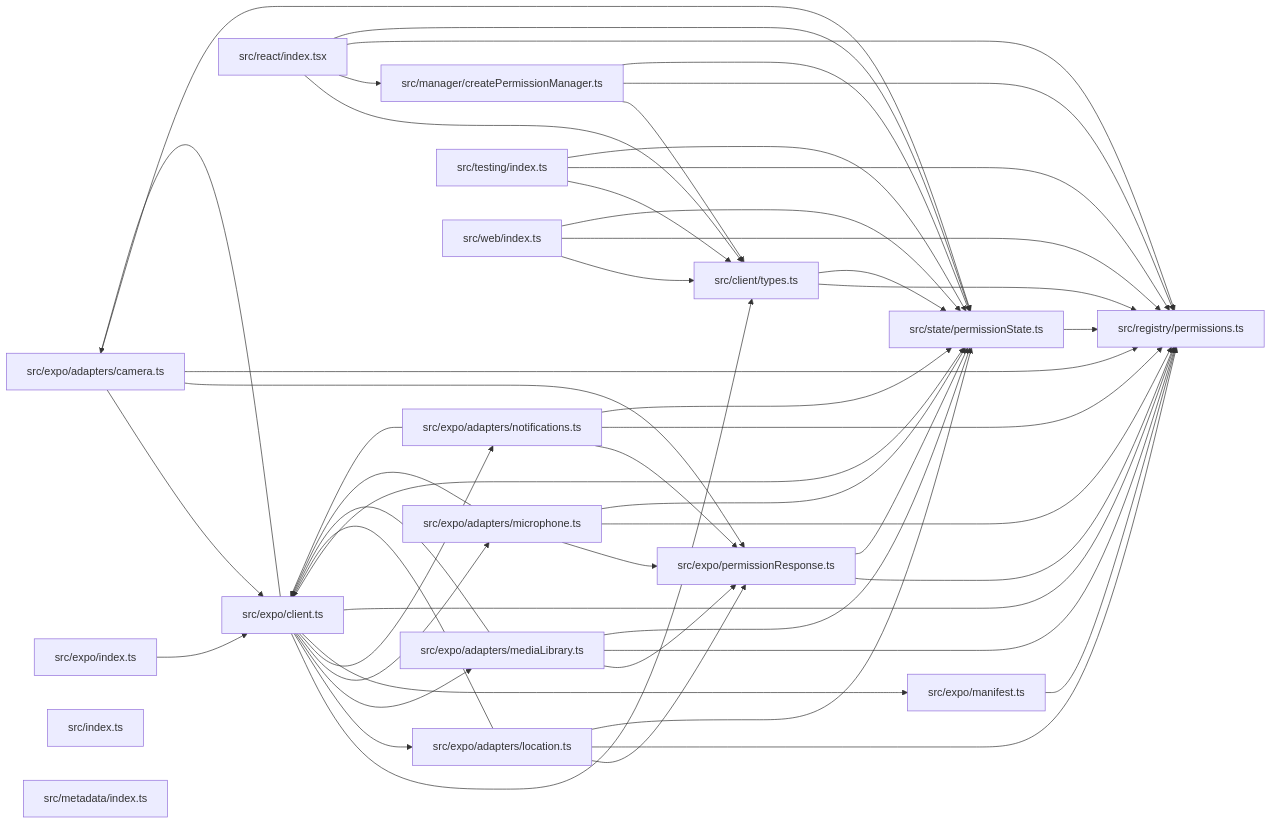
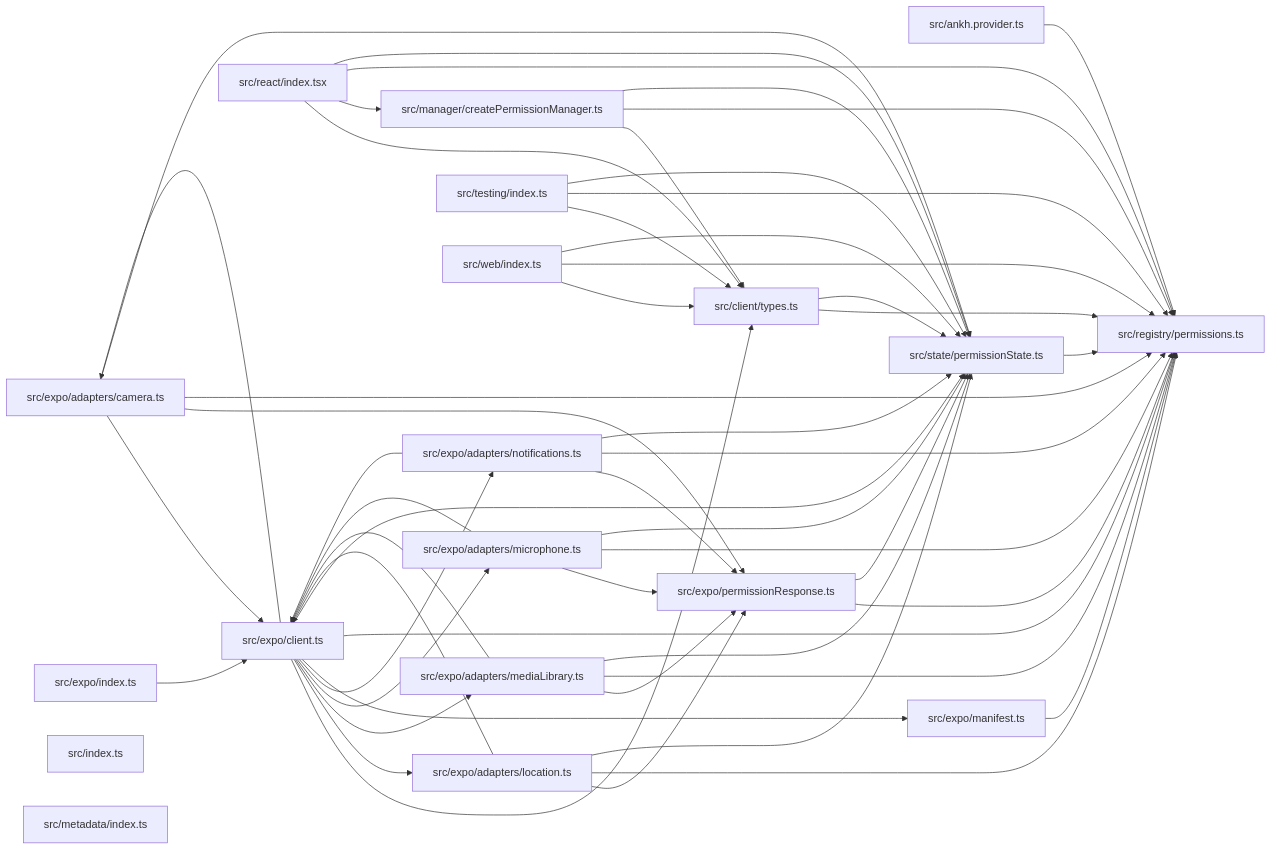
One commit to ankhorage/permissions changed the diagram in paradox/diagrams/module-relationships.mmd. Above: the diagram before and after it, drawn with Mermaid. The commit also changed 6 other files, not shown here.

```diff
--- a/paradox/diagrams/module-relationships.mmd
+++ b/paradox/diagrams/module-relationships.mmd
@@ -1,68 +1,70 @@
 graph LR
+  module_src_ankh_provider_ts["src/ankh.provider.ts"]
   module_src_client_types_ts["src/client/types.ts"]
   module_src_expo_adapters_camera_ts["src/expo/adapters/camera.ts"]
   module_src_expo_adapters_location_ts["src/expo/adapters/location.ts"]
   module_src_expo_adapters_mediaLibrary_ts["src/expo/adapters/mediaLibrary.ts"]
   module_src_expo_adapters_microphone_ts["src/expo/adapters/microphone.ts"]
   module_src_expo_adapters_notifications_ts["src/expo/adapters/notifications.ts"]
   module_src_expo_client_ts["src/expo/client.ts"]
   module_src_expo_index_ts["src/expo/index.ts"]
   module_src_expo_manifest_ts["src/expo/manifest.ts"]
   module_src_expo_permissionResponse_ts["src/expo/permissionResponse.ts"]
   module_src_index_ts["src/index.ts"]
   module_src_manager_createPermissionManager_ts["src/manager/createPermissionManager.ts"]
   module_src_metadata_index_ts["src/metadata/index.ts"]
   module_src_react_index_tsx["src/react/index.tsx"]
   module_src_registry_permissions_ts["src/registry/permissions.ts"]
   module_src_state_permissionState_ts["src/state/permissionState.ts"]
   module_src_testing_index_ts["src/testing/index.ts"]
   module_src_web_index_ts["src/web/index.ts"]
+  module_src_ankh_provider_ts --> module_src_registry_permissions_ts
   module_src_client_types_ts --> module_src_registry_permissions_ts
   module_src_client_types_ts --> module_src_state_permissionState_ts
   module_src_expo_adapters_camera_ts --> module_src_expo_client_ts
   module_src_expo_adapters_camera_ts --> module_src_expo_permissionResponse_ts
   module_src_expo_adapters_camera_ts --> module_src_registry_permissions_ts
   module_src_expo_adapters_camera_ts --> module_src_state_permissionState_ts
   module_src_expo_adapters_location_ts --> module_src_expo_client_ts
   module_src_expo_adapters_location_ts --> module_src_expo_permissionResponse_ts
   module_src_expo_adapters_location_ts --> module_src_registry_permissions_ts
   module_src_expo_adapters_location_ts --> module_src_state_permissionState_ts
   module_src_expo_adapters_mediaLibrary_ts --> module_src_expo_client_ts
   module_src_expo_adapters_mediaLibrary_ts --> module_src_expo_permissionResponse_ts
   module_src_expo_adapters_mediaLibrary_ts --> module_src_registry_permissions_ts
   module_src_expo_adapters_mediaLibrary_ts --> module_src_state_permissionState_ts
   module_src_expo_adapters_microphone_ts --> module_src_expo_client_ts
   module_src_expo_adapters_microphone_ts --> module_src_expo_permissionResponse_ts
   module_src_expo_adapters_microphone_ts --> module_src_registry_permissions_ts
   module_src_expo_adapters_microphone_ts --> module_src_state_permissionState_ts
   module_src_expo_adapters_notifications_ts --> module_src_expo_client_ts
   module_src_expo_adapters_notifications_ts --> module_src_expo_permissionResponse_ts
   module_src_expo_adapters_notifications_ts --> module_src_registry_permissions_ts
   module_src_expo_adapters_notifications_ts --> module_src_state_permissionState_ts
   module_src_expo_client_ts --> module_src_client_types_ts
   module_src_expo_client_ts --> module_src_expo_adapters_camera_ts
   module_src_expo_client_ts --> module_src_expo_adapters_location_ts
   module_src_expo_client_ts --> module_src_expo_adapters_mediaLibrary_ts
   module_src_expo_client_ts --> module_src_expo_adapters_microphone_ts
   module_src_expo_client_ts --> module_src_expo_adapters_notifications_ts
   module_src_expo_client_ts --> module_src_expo_manifest_ts
   module_src_expo_client_ts --> module_src_registry_permissions_ts
   module_src_expo_client_ts --> module_src_state_permissionState_ts
   module_src_expo_index_ts --> module_src_expo_client_ts
   module_src_expo_manifest_ts --> module_src_registry_permissions_ts
   module_src_expo_permissionResponse_ts --> module_src_registry_permissions_ts
   module_src_expo_permissionResponse_ts --> module_src_state_permissionState_ts
   module_src_manager_createPermissionManager_ts --> module_src_client_types_ts
   module_src_manager_createPermissionManager_ts --> module_src_registry_permissions_ts
   module_src_manager_createPermissionManager_ts --> module_src_state_permissionState_ts
   module_src_react_index_tsx --> module_src_client_types_ts
   module_src_react_index_tsx --> module_src_manager_createPermissionManager_ts
   module_src_react_index_tsx --> module_src_registry_permissions_ts
   module_src_react_index_tsx --> module_src_state_permissionState_ts
   module_src_state_permissionState_ts --> module_src_registry_permissions_ts
   module_src_testing_index_ts --> module_src_client_types_ts
   module_src_testing_index_ts --> module_src_registry_permissions_ts
   module_src_testing_index_ts --> module_src_state_permissionState_ts
   module_src_web_index_ts --> module_src_client_types_ts
   module_src_web_index_ts --> module_src_registry_permissions_ts
   module_src_web_index_ts --> module_src_state_permissionState_ts
```
